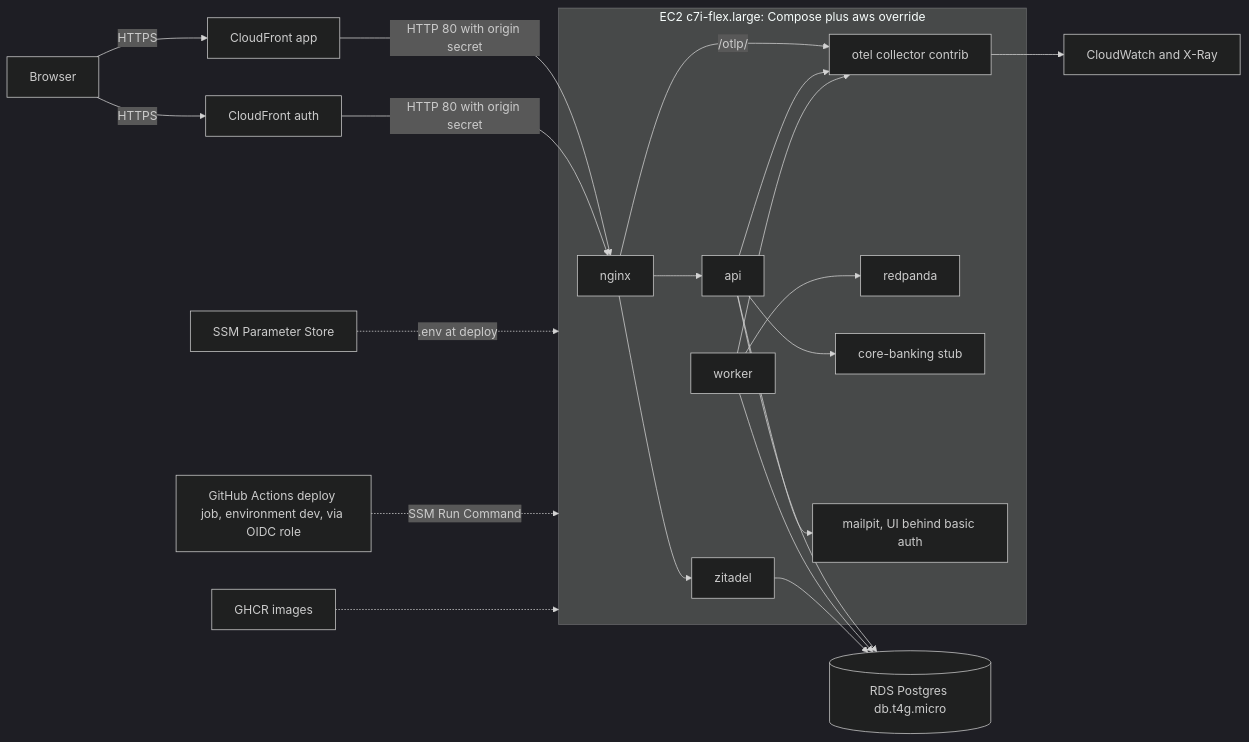
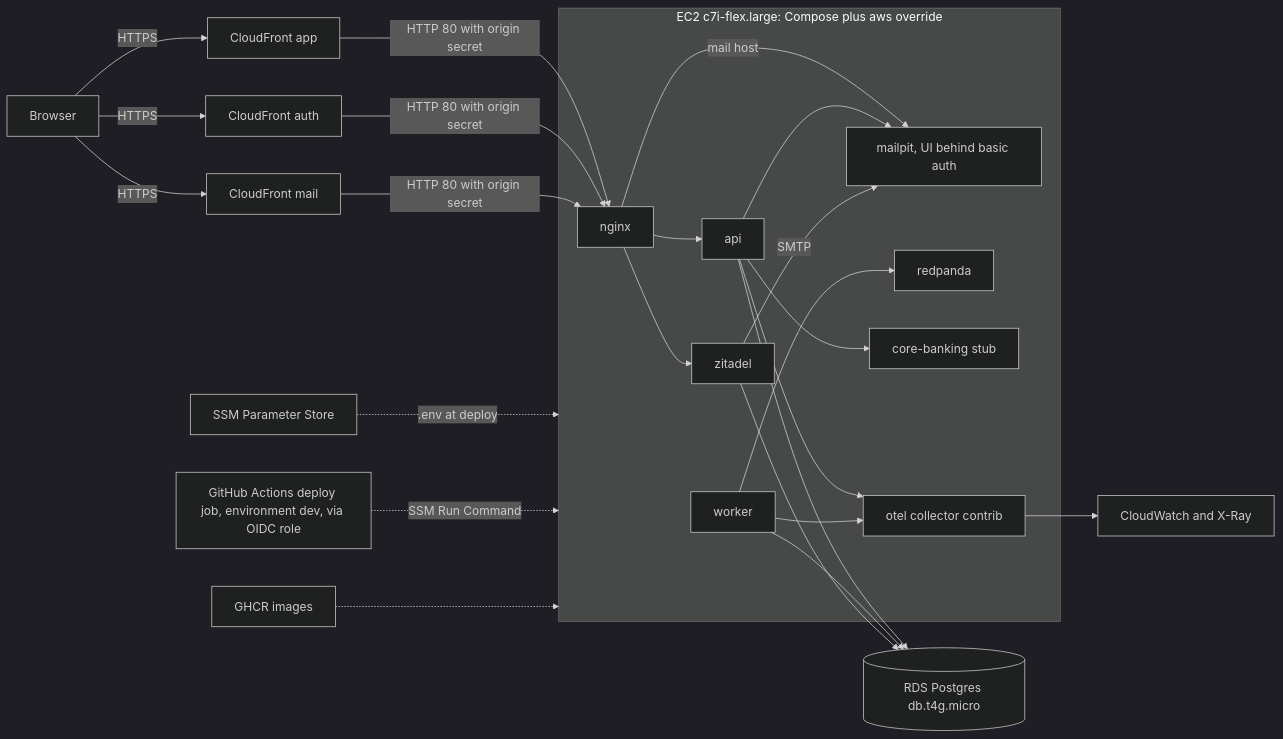
Before and after one commit to njabulozmnisi/disputedesk: the third of 5 diagrams in docs/architecture/architecture.md, drawn with Mermaid (dark theme). The commit also changed other lines of this file and 15 other files, not shown here.

````diff
--- a/docs/architecture/architecture.md
+++ b/docs/architecture/architecture.md
@@ -575,24 +577,27 @@
 ```mermaid
 flowchart LR
   subgraph EC2[EC2 c7i-flex.large: Compose plus aws override]
     GW[nginx] --> API[api]
     GW --> Z[zitadel]
-    GW -->|/otlp/| COL[otel collector contrib]
+    GW -->|mail host| MP
     WK[worker] --> RP[redpanda]
     API --> CB[core-banking stub]
     API --> MP[mailpit, UI behind basic auth]
-    API --> COL
+    Z -->|SMTP| MP
+    API --> COL[otel collector contrib]
     WK --> COL
   end
   U[Browser] -->|HTTPS| CFA[CloudFront app]
   U -->|HTTPS| CFZ[CloudFront auth]
+  U -->|HTTPS| CFM[CloudFront mail]
   CFA -->|HTTP 80 with origin secret| GW
   CFZ -->|HTTP 80 with origin secret| GW
+  CFM -->|HTTP 80 with origin secret| GW
   API --> RDS[(RDS Postgres db.t4g.micro)]
   WK --> RDS
   Z --> RDS
   COL --> CW[CloudWatch and X-Ray]
   SSM[SSM Parameter Store] -.->|.env at deploy| EC2
   GH[GitHub Actions deploy job, environment dev, via OIDC role] -.->|SSM Run Command| EC2
   GHCR[GHCR images] -.-> EC2
 ```
````
